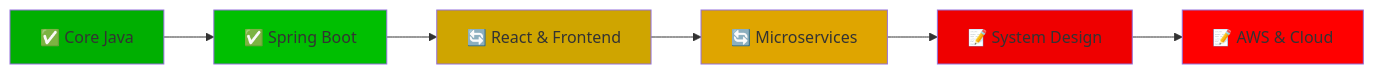
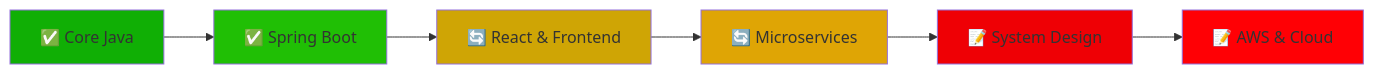
One commit to ShubhamKRay/ShubhamKRay changed the diagram in README.md. Above: the diagram before and after it, drawn with Mermaid.

Commit message:
Change color styles for diagram elements
Updated color styles for diagram elements in README.

````diff
--- a/README.md
+++ b/README.md
@@ -278,15 +278,15 @@
 ```mermaid
 graph LR
     A[✅ Core Java] --> B[✅ Spring Boot]
     B --> C[🔄 React & Frontend]
     C --> D[🔄 Microservices]
     D --> E[📝 System Design]
     E --> F[📝 AWS & Cloud]
     
-    style A fill:#00AF01
-    style B fill:#00BF01
-    style C fill:#CFA500
-    style D fill:#DFA500
-    style E fill:#EF0000
-    style F fill:#FF0000
+    style A fill:#10AF05
+    style B fill:#20BF05
+    style C fill:#CFA505
+    style D fill:#DFA505
+    style E fill:#EF0005
+    style F fill:#FF0005
 ```
````
